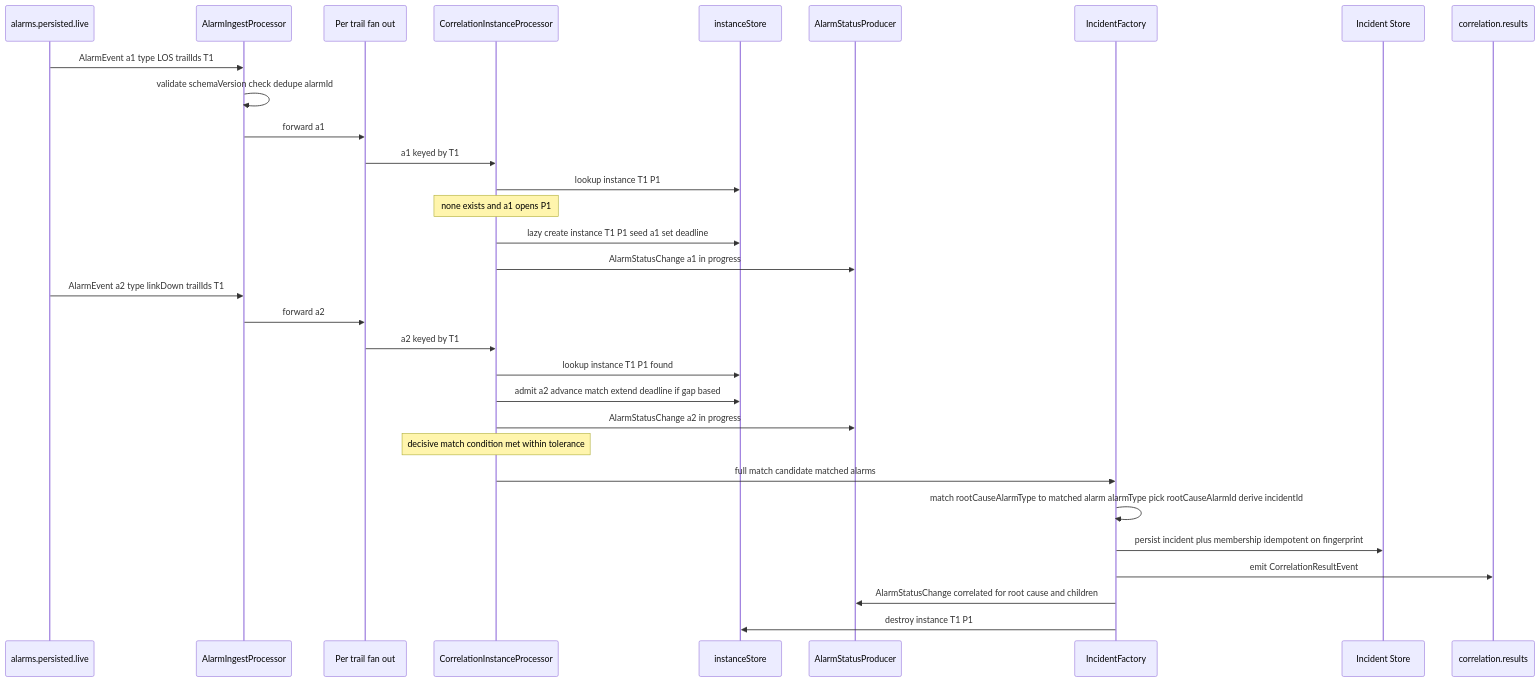
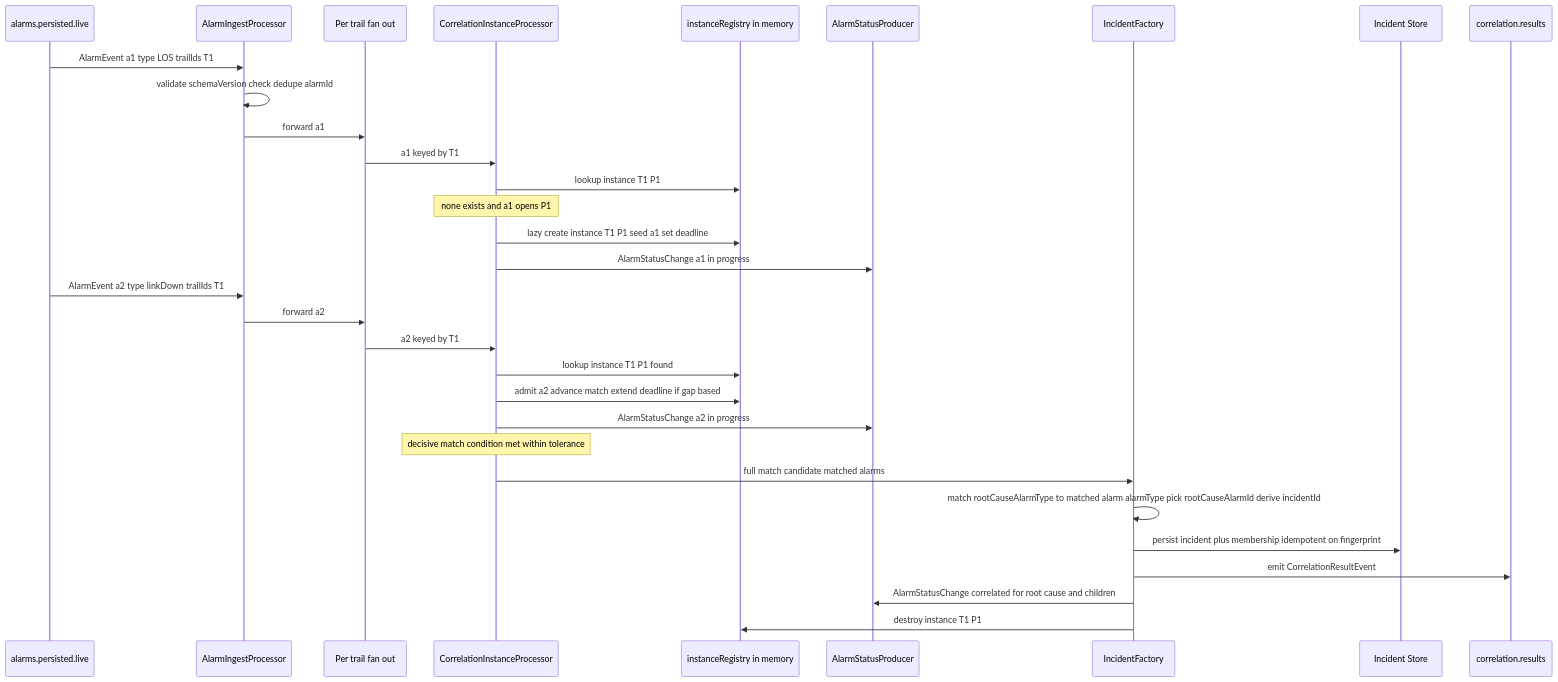
Before and after one commit to nikhilmohan/correlation-platform: the fifth of 10 diagrams in services/correlation-engine/design.md, drawn with Mermaid. The commit also changed other lines of this file, not shown here.

````diff
--- a/services/correlation-engine/design.md
+++ b/services/correlation-engine/design.md
@@ -636,34 +693,34 @@
 ```mermaid
 sequenceDiagram
   participant K as alarms.persisted.live
   participant AC as AlarmIngestProcessor
   participant FAN as Per trail fan out
   participant CIP as CorrelationInstanceProcessor
-  participant IST as instanceStore
+  participant IST as instanceRegistry in memory
   participant ASP as AlarmStatusProducer
   participant IF as IncidentFactory
   participant DB as Incident Store
   participant OUT as correlation.results
 
   K->>AC: AlarmEvent a1 type LOS trailIds T1
   AC->>AC: validate schemaVersion check dedupe alarmId
   AC->>FAN: forward a1
   FAN->>CIP: a1 keyed by T1
   CIP->>IST: lookup instance T1 P1
   Note over CIP: none exists and a1 opens P1
   CIP->>IST: lazy create instance T1 P1 seed a1 set deadline
   CIP->>ASP: AlarmStatusChange a1 in progress
   K->>AC: AlarmEvent a2 type linkDown trailIds T1
   AC->>FAN: forward a2
   FAN->>CIP: a2 keyed by T1
   CIP->>IST: lookup instance T1 P1 found
   CIP->>IST: admit a2 advance match extend deadline if gap based
   CIP->>ASP: AlarmStatusChange a2 in progress
   Note over CIP: decisive match condition met within tolerance
   CIP->>IF: full match candidate matched alarms
   IF->>IF: match rootCauseAlarmType to matched alarm alarmType pick rootCauseAlarmId derive incidentId
   IF->>DB: persist incident plus membership idempotent on fingerprint
   IF->>OUT: emit CorrelationResultEvent
   IF->>ASP: AlarmStatusChange correlated for root cause and children
   IF->>IST: destroy instance T1 P1
 ```
````
